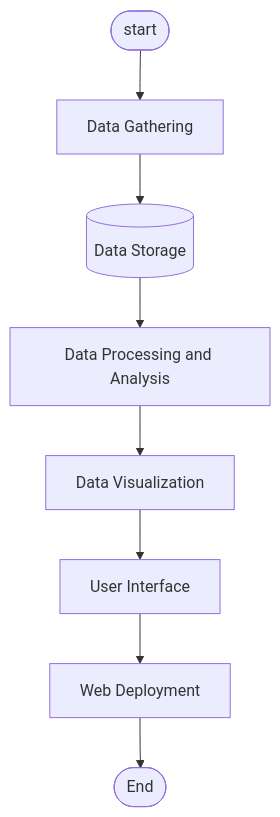
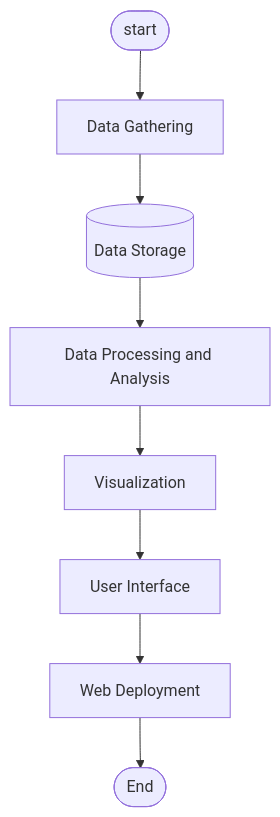
The first of 2 diagrams in project/proposal/Regex/Proposal_Regex.md (drshahizan/special-topic-data-engineering), drawn with Mermaid before and after one commit. The commit also changed other lines of this file, not shown here.

Commit message:
update system architecture

````diff
--- a/project/proposal/Regex/Proposal_Regex.md
+++ b/project/proposal/Regex/Proposal_Regex.md
@@ -219,11 +200,11 @@
 ```mermaid
 
 flowchart TD;
     id1([start])-->id2[Data Gathering]
     id2[Data Gathering] --> id3[(Data Storage)]
     id3[(Data Storage)] --> id4[Data Processing and Analysis]
-    id4[Data Processing and Analysis] --> id5[Data Visualization]
-    id5[Data Visualization] --> id6[User Interface]
+    id4[Data Processing and Analysis] --> id5[Visualization]
+    id5[Visualization] --> id6[User Interface]
     id6[User Interface] --> id7[Web Deployment]
     id7[Web Deployment] --> id8([End])
 ```
````
